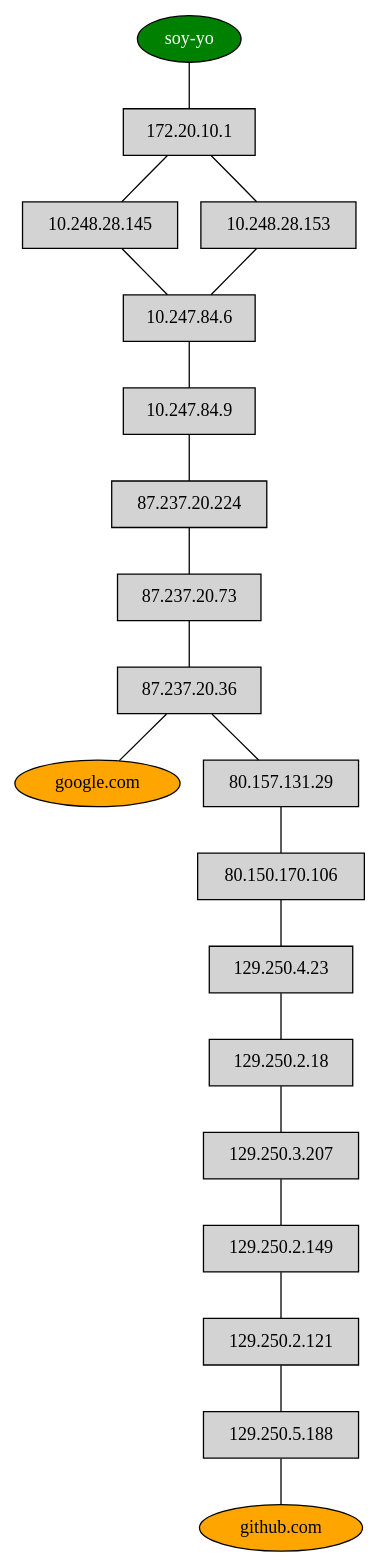
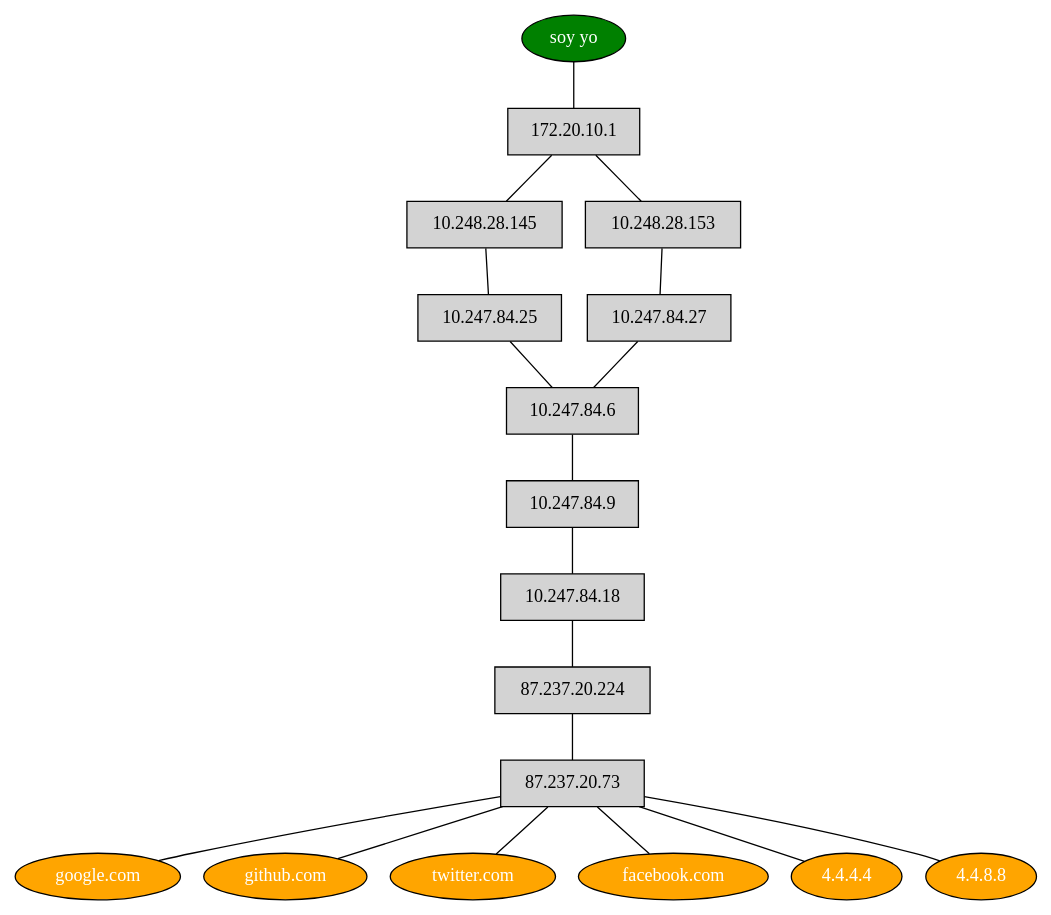
Before and after one commit to deanturpin/hosts2dot: the diagram in example.dot, drawn with Graphviz. The commit also changed 4 other files, not shown here.

```diff
--- a/example.dot
+++ b/example.dot
@@ -1,10 +1,18 @@
 strict graph {
 
   node [shape=rectangle style=filled]
-  "soy-yo" [fillcolor=green shape=oval fontcolor=white]
+  "soy yo" [fillcolor=green shape=oval fontcolor=white]
 
-	"soy-yo" -- "172.20.10.1" -- "10.248.28.145" -- "10.247.84.6" -- "10.247.84.9" -- "87.237.20.224" -- "87.237.20.73" -- "87.237.20.36" -- "google.com"
-"google.com" [fillcolor=orange shape=oval]
-	"soy-yo" -- "172.20.10.1" -- "10.248.28.153" -- "10.247.84.6" -- "10.247.84.9" -- "87.237.20.224" -- "87.237.20.73" -- "87.237.20.36" -- "80.157.131.29" -- "80.150.170.106" -- "129.250.4.23" -- "129.250.2.18" -- "129.250.3.207" -- "129.250.2.149" -- "129.250.2.121" -- "129.250.5.188" -- "github.com"
-"github.com" [fillcolor=orange shape=oval]
+	"soy yo" -- "172.20.10.1" -- "10.248.28.145" -- "10.247.84.25" -- "10.247.84.6" -- "10.247.84.9" -- "10.247.84.18" -- "87.237.20.224" -- "87.237.20.73" -- "google.com"
+	"google.com" [fillcolor=orange shape=oval fontcolor=white]
+	"soy yo" -- "172.20.10.1" -- "10.248.28.153" -- "10.247.84.27" -- "10.247.84.6" -- "10.247.84.9" -- "10.247.84.18" -- "87.237.20.224" -- "87.237.20.73" -- "github.com"
+	"github.com" [fillcolor=orange shape=oval fontcolor=white]
+	"soy yo" -- "172.20.10.1" -- "10.248.28.145" -- "10.247.84.25" -- "10.247.84.6" -- "10.247.84.9" -- "10.247.84.18" -- "87.237.20.224" -- "87.237.20.73" -- "twitter.com"
+	"twitter.com" [fillcolor=orange shape=oval fontcolor=white]
+	"soy yo" -- "172.20.10.1" -- "10.248.28.153" -- "10.247.84.27" -- "10.247.84.6" -- "10.247.84.9" -- "10.247.84.18" -- "87.237.20.224" -- "87.237.20.73" -- "facebook.com"
+	"facebook.com" [fillcolor=orange shape=oval fontcolor=white]
+	"soy yo" -- "172.20.10.1" -- "10.248.28.145" -- "10.247.84.25" -- "10.247.84.6" -- "10.247.84.9" -- "10.247.84.18" -- "87.237.20.224" -- "87.237.20.73" -- "4.4.4.4"
+	"4.4.4.4" [fillcolor=orange shape=oval fontcolor=white]
+	"soy yo" -- "172.20.10.1" -- "10.248.28.145" -- "10.247.84.25" -- "10.247.84.6" -- "10.247.84.9" -- "10.247.84.18" -- "87.237.20.224" -- "87.237.20.73" -- "4.4.8.8"
+	"4.4.8.8" [fillcolor=orange shape=oval fontcolor=white]
 }
```
